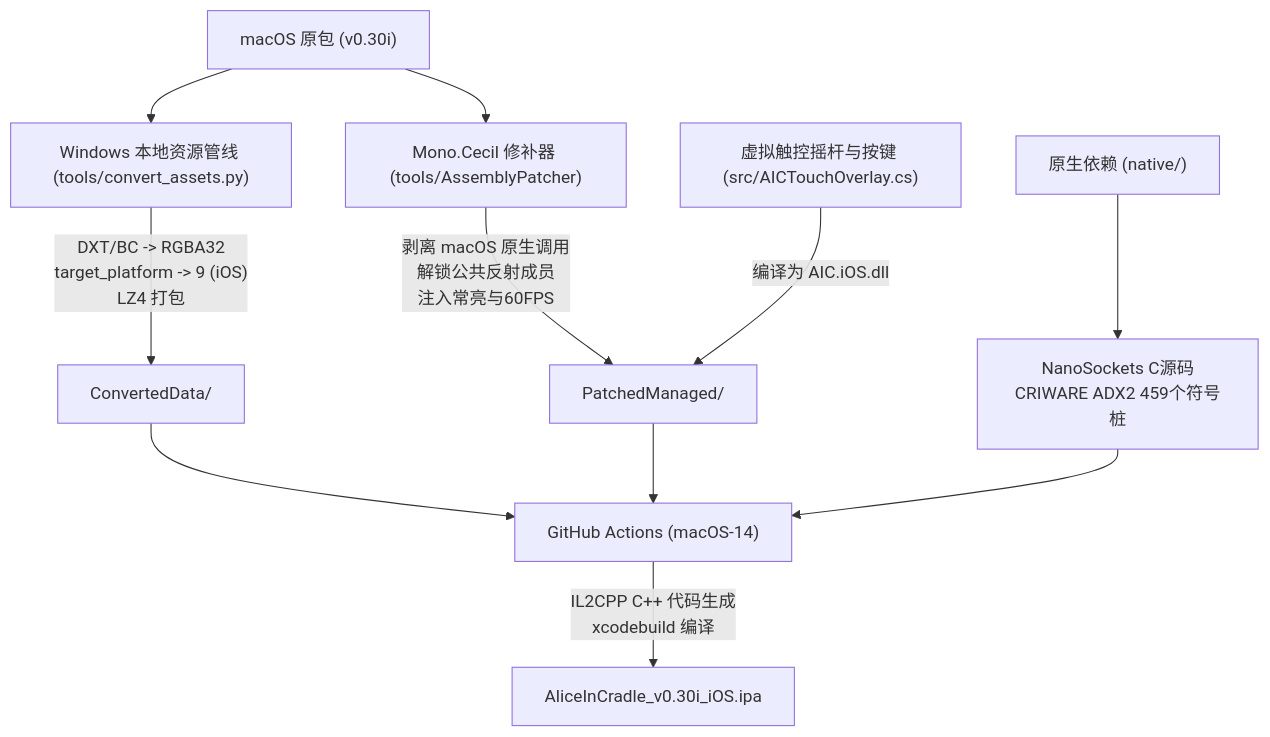
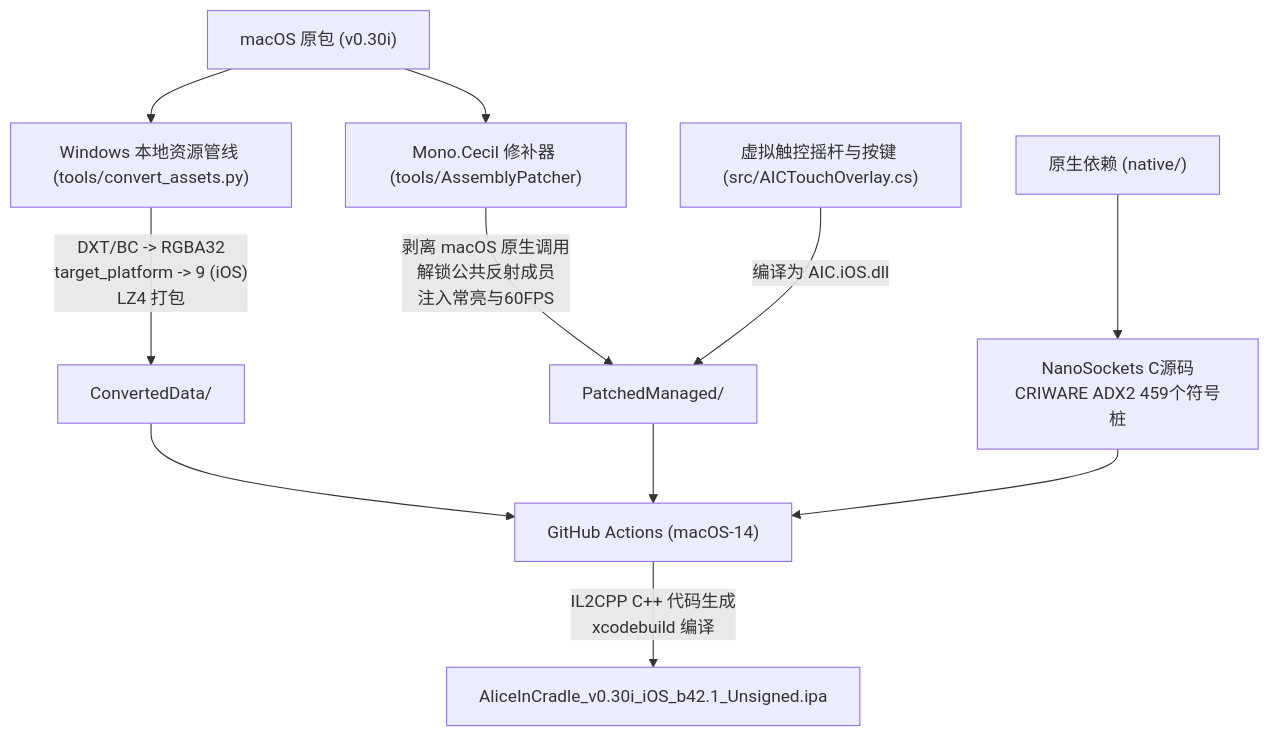
The diagram in README.md (Chr0n0stasis/AIC-Port-iOS), drawn with Mermaid before and after one commit. The commit also changed other lines of this file and 2 other files, not shown here.

````diff
--- a/README.md
+++ b/README.md
@@ -11,18 +11,18 @@
 ```mermaid
 flowchart TD
     A["macOS 原包 (v0.30i)"] --> B["Windows 本地资源管线 (tools/convert_assets.py)"]
     A --> C["Mono.Cecil 修补器 (tools/AssemblyPatcher)"]
     
     B -->|"DXT/BC -> RGBA32\ntarget_platform -> 9 (iOS)\nLZ4 打包"| D["ConvertedData/"]
     C -->|"剥离 macOS 原生调用\n解锁公共反射成员\n注入常亮与60FPS"| E["PatchedManaged/"]
     
     F["虚拟触控摇杆与按键 (src/AICTouchOverlay.cs)"] -->|"编译为 AIC.iOS.dll"| E
     
     G["原生依赖 (native/)"] --> H["NanoSockets C源码\nCRIWARE ADX2 459个符号桩"]
     
     D --> I["GitHub Actions (macOS-14)"]
     E --> I
     H --> I
     
-    I -->|"IL2CPP C++ 代码生成\nxcodebuild 编译"| J["AliceInCradle_v0.30i_iOS.ipa"]
+    I -->|"IL2CPP C++ 代码生成\nxcodebuild 编译"| J["AliceInCradle_v0.30i_iOS_b42.1_Unsigned.ipa"]
 ```
````
